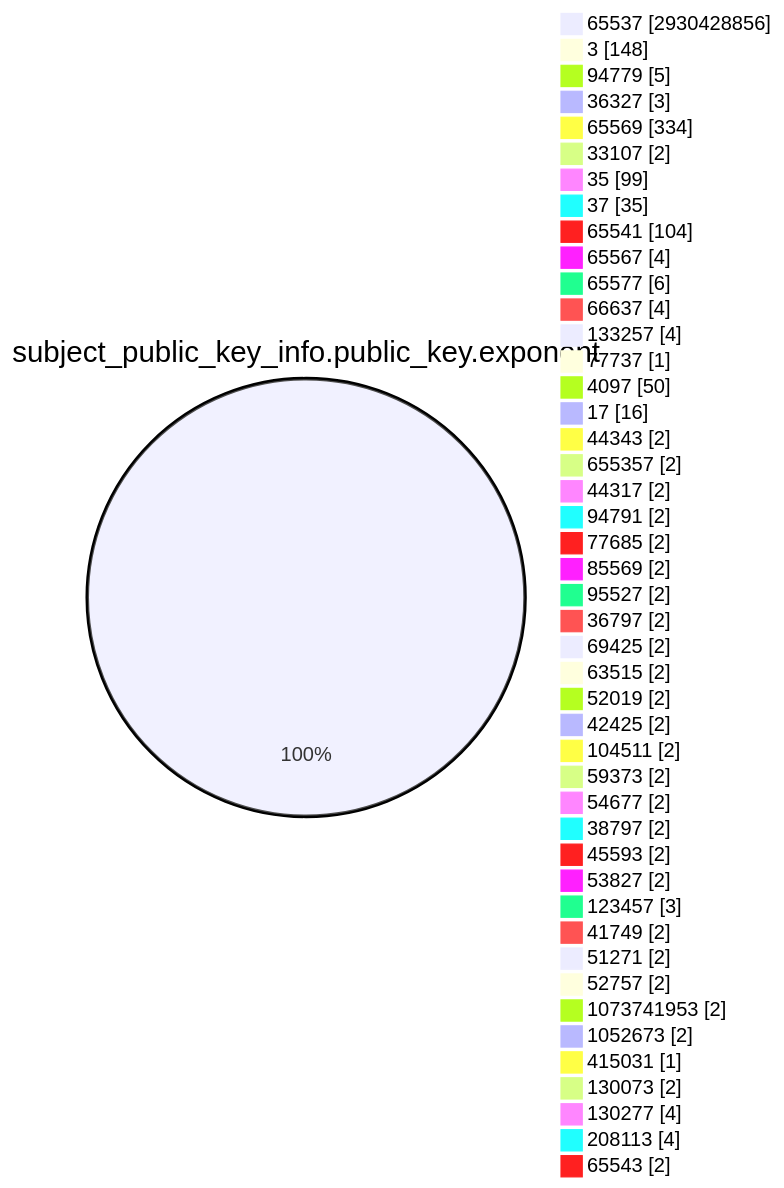
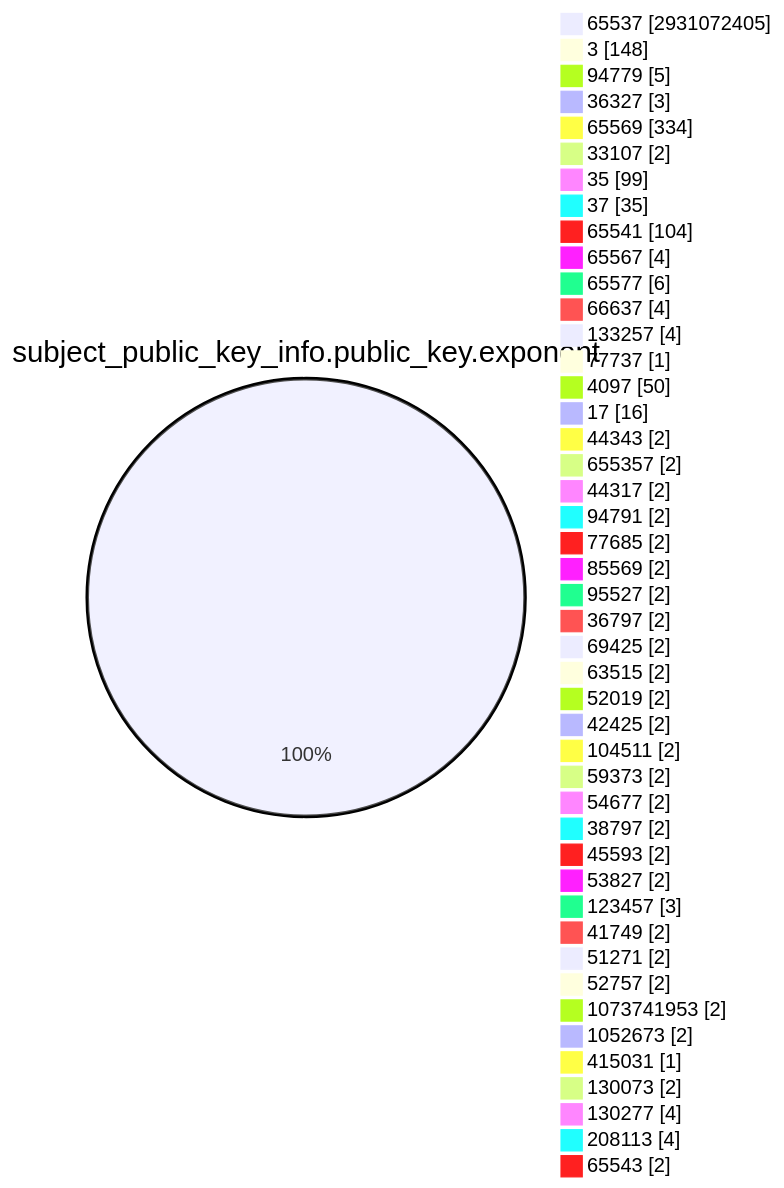
The fourth of 15 diagrams in TOTAL/README.md (christiankrug/ctmonitor_visualization), drawn with Mermaid before and after one commit. The commit also changed other lines of this file, not shown here.

````diff
--- a/TOTAL/README.md
+++ b/TOTAL/README.md
@@ -1470,49 +1470,49 @@
 ```mermaid
 pie showData
 title subject_public_key_info.public_key.exponent
-"65537" :2930428856
+"65537" :2931072405
 "3" :148
 "94779" :5
 "36327" :3
 "65569" :334
 "33107" :2
 "35" :99
 "37" :35
 "65541" :104
 "65567" :4
 "65577" :6
 "66637" :4
 "133257" :4
 "77737" :1
 "4097" :50
 "17" :16
 "44343" :2
 "655357" :2
 "44317" :2
 "94791" :2
 "77685" :2
 "85569" :2
 "95527" :2
 "36797" :2
 "69425" :2
 "63515" :2
 "52019" :2
 "42425" :2
 "104511" :2
 "59373" :2
 "54677" :2
 "38797" :2
 "45593" :2
 "53827" :2
 "123457" :3
 "41749" :2
 "51271" :2
 "52757" :2
 "1073741953" :2
 "1052673" :2
 "415031" :1
 "130073" :2
 "130277" :4
 "208113" :4
 "65543" :2
 ```
````
